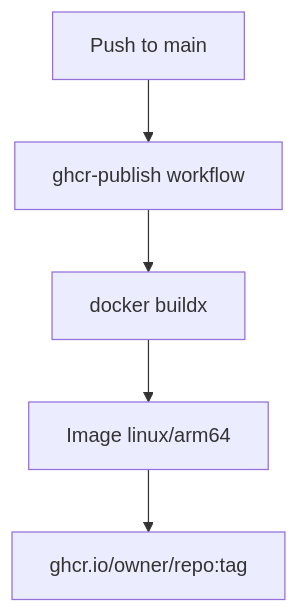
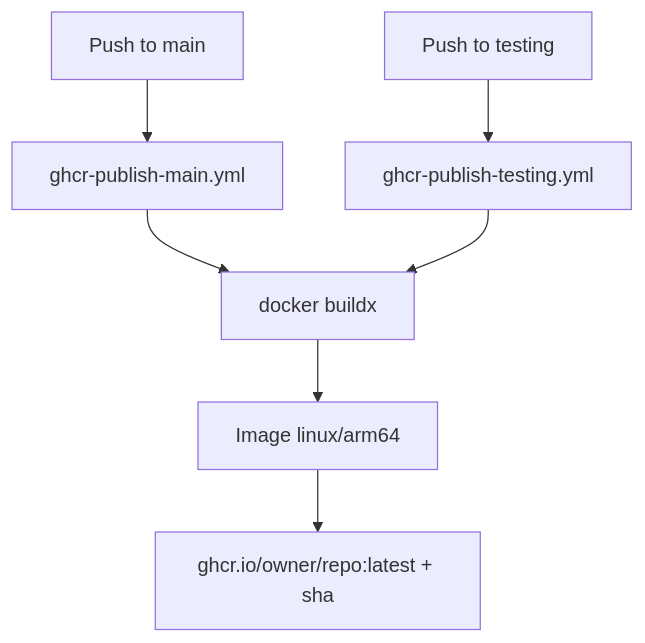
Before and after one commit to AmitMhatre-Code/breeze-core-engine: diagram 15 of 21 in docs/flows.md, drawn with Mermaid. The commit also changed other lines of this file and 174 other files, not shown here.

````diff
--- a/docs/flows.md
+++ b/docs/flows.md
@@ -299,7 +305,9 @@
 ```mermaid
 flowchart TB
-  PUSH[Push to main] --> GHA[ghcr-publish workflow]
-  GHA --> BDX[docker buildx]
+  PUSHM[Push to main] --> GHAM[ghcr-publish-main.yml]
+  PUSHT[Push to testing] --> GHAT[ghcr-publish-testing.yml]
+  GHAM --> BDX[docker buildx]
+  GHAT --> BDX
   BDX --> IM[Image linux/arm64]
-  IM --> GHCR[ghcr.io/owner/repo:tag]
+  IM --> GHCR[ghcr.io/owner/repo:latest + sha]
 ```
````
